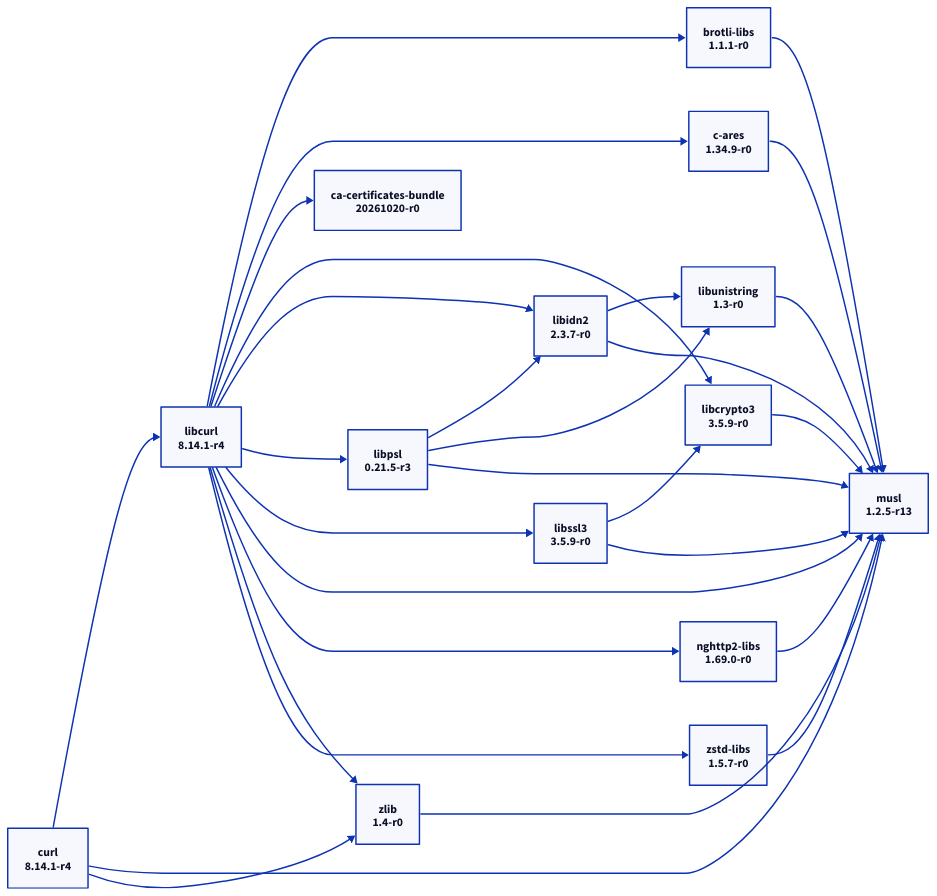
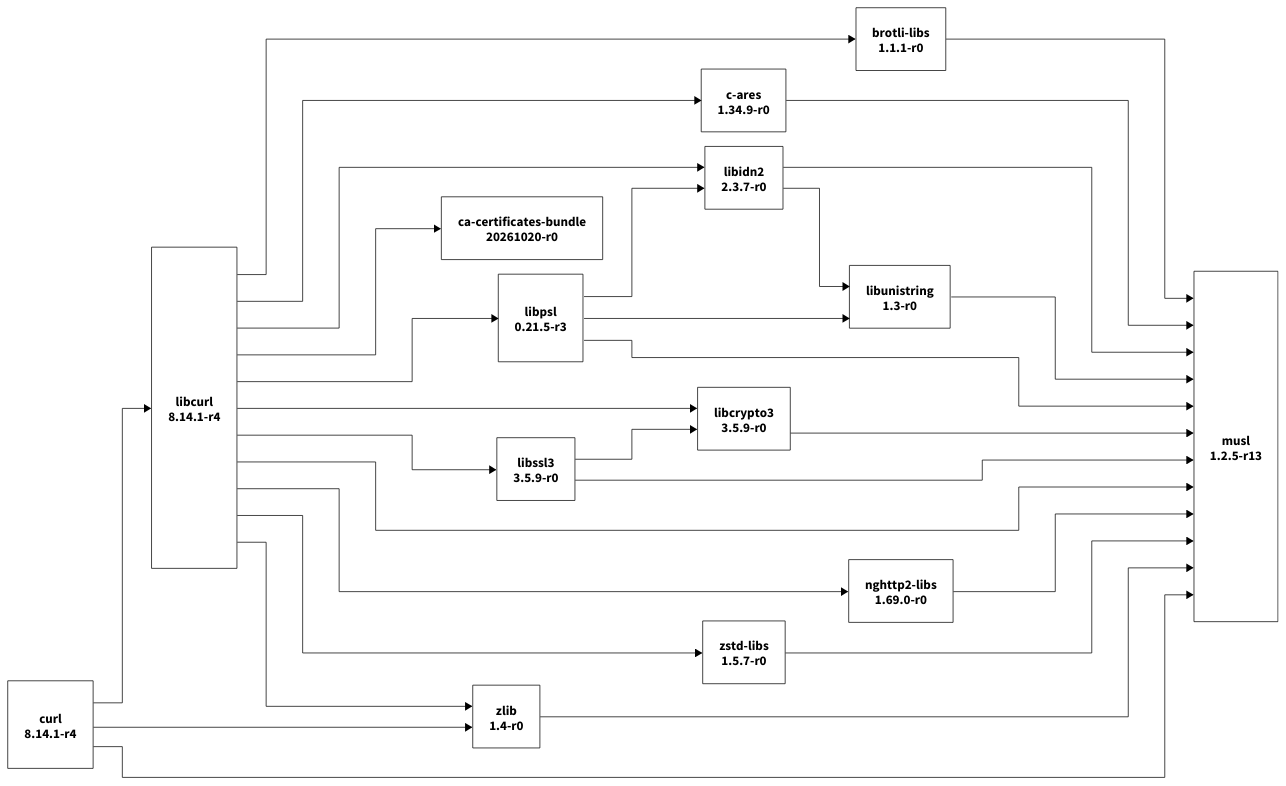
Before and after one commit to Natnalop/Timofeev_IKBO-70-25: the diagram in Workbook2/stage5/examples/curl.d2, drawn with D2. The commit also changed 8 other files, not shown here.

Commit message:
style(workbook2): use plain monochrome graphs with orthogonal edges

```diff
--- a/Workbook2/stage5/examples/curl.d2
+++ b/Workbook2/stage5/examples/curl.d2
@@ -1,43 +1,287 @@
 direction: right
-"brotli-libs@1.1.1-r0": "brotli-libs\n1.1.1-r0"
-"c-ares@1.34.9-r0": "c-ares\n1.34.9-r0"
-"ca-certificates-bundle@20261020-r0": "ca-certificates-bundle\n20261020-r0"
-"curl@8.14.1-r4": "curl\n8.14.1-r4"
-"libcrypto3@3.5.9-r0": "libcrypto3\n3.5.9-r0"
-"libcurl@8.14.1-r4": "libcurl\n8.14.1-r4"
-"libidn2@2.3.7-r0": "libidn2\n2.3.7-r0"
-"libpsl@0.21.5-r3": "libpsl\n0.21.5-r3"
-"libssl3@3.5.9-r0": "libssl3\n3.5.9-r0"
-"libunistring@1.3-r0": "libunistring\n1.3-r0"
-"musl@1.2.5-r13": "musl\n1.2.5-r13"
-"nghttp2-libs@1.69.0-r0": "nghttp2-libs\n1.69.0-r0"
-"zlib@1.4-r0": "zlib\n1.4-r0"
-"zstd-libs@1.5.7-r0": "zstd-libs\n1.5.7-r0"
-"brotli-libs@1.1.1-r0" -> "musl@1.2.5-r13"
-"c-ares@1.34.9-r0" -> "musl@1.2.5-r13"
-"curl@8.14.1-r4" -> "libcurl@8.14.1-r4"
-"curl@8.14.1-r4" -> "musl@1.2.5-r13"
-"curl@8.14.1-r4" -> "zlib@1.4-r0"
-"libcrypto3@3.5.9-r0" -> "musl@1.2.5-r13"
-"libcurl@8.14.1-r4" -> "brotli-libs@1.1.1-r0"
-"libcurl@8.14.1-r4" -> "c-ares@1.34.9-r0"
-"libcurl@8.14.1-r4" -> "ca-certificates-bundle@20261020-r0"
-"libcurl@8.14.1-r4" -> "libcrypto3@3.5.9-r0"
-"libcurl@8.14.1-r4" -> "libidn2@2.3.7-r0"
-"libcurl@8.14.1-r4" -> "libpsl@0.21.5-r3"
-"libcurl@8.14.1-r4" -> "libssl3@3.5.9-r0"
-"libcurl@8.14.1-r4" -> "musl@1.2.5-r13"
-"libcurl@8.14.1-r4" -> "nghttp2-libs@1.69.0-r0"
-"libcurl@8.14.1-r4" -> "zlib@1.4-r0"
-"libcurl@8.14.1-r4" -> "zstd-libs@1.5.7-r0"
-"libidn2@2.3.7-r0" -> "libunistring@1.3-r0"
-"libidn2@2.3.7-r0" -> "musl@1.2.5-r13"
-"libpsl@0.21.5-r3" -> "libidn2@2.3.7-r0"
-"libpsl@0.21.5-r3" -> "libunistring@1.3-r0"
-"libpsl@0.21.5-r3" -> "musl@1.2.5-r13"
-"libssl3@3.5.9-r0" -> "libcrypto3@3.5.9-r0"
-"libssl3@3.5.9-r0" -> "musl@1.2.5-r13"
-"libunistring@1.3-r0" -> "musl@1.2.5-r13"
-"nghttp2-libs@1.69.0-r0" -> "musl@1.2.5-r13"
-"zlib@1.4-r0" -> "musl@1.2.5-r13"
-"zstd-libs@1.5.7-r0" -> "musl@1.2.5-r13"
+vars: {
+  d2-config: {
+    layout-engine: elk
+  }
+}
+style.fill: white
+"brotli-libs@1.1.1-r0": "brotli-libs\n1.1.1-r0" {
+  shape: rectangle
+  style.fill: white
+  style.stroke: black
+  style.font-color: black
+  style.stroke-width: 1
+  style.border-radius: 0
+  style.shadow: false
+  style.font-size: 18
+}
+"c-ares@1.34.9-r0": "c-ares\n1.34.9-r0" {
+  shape: rectangle
+  style.fill: white
+  style.stroke: black
+  style.font-color: black
+  style.stroke-width: 1
+  style.border-radius: 0
+  style.shadow: false
+  style.font-size: 18
+}
+"ca-certificates-bundle@20261020-r0": "ca-certificates-bundle\n20261020-r0" {
+  shape: rectangle
+  style.fill: white
+  style.stroke: black
+  style.font-color: black
+  style.stroke-width: 1
+  style.border-radius: 0
+  style.shadow: false
+  style.font-size: 18
+}
+"curl@8.14.1-r4": "curl\n8.14.1-r4" {
+  shape: rectangle
+  style.fill: white
+  style.stroke: black
+  style.font-color: black
+  style.stroke-width: 1
+  style.border-radius: 0
+  style.shadow: false
+  style.font-size: 18
+}
+"libcrypto3@3.5.9-r0": "libcrypto3\n3.5.9-r0" {
+  shape: rectangle
+  style.fill: white
+  style.stroke: black
+  style.font-color: black
+  style.stroke-width: 1
+  style.border-radius: 0
+  style.shadow: false
+  style.font-size: 18
+}
+"libcurl@8.14.1-r4": "libcurl\n8.14.1-r4" {
+  shape: rectangle
+  style.fill: white
+  style.stroke: black
+  style.font-color: black
+  style.stroke-width: 1
+  style.border-radius: 0
+  style.shadow: false
+  style.font-size: 18
+}
+"libidn2@2.3.7-r0": "libidn2\n2.3.7-r0" {
+  shape: rectangle
+  style.fill: white
+  style.stroke: black
+  style.font-color: black
+  style.stroke-width: 1
+  style.border-radius: 0
+  style.shadow: false
+  style.font-size: 18
+}
+"libpsl@0.21.5-r3": "libpsl\n0.21.5-r3" {
+  shape: rectangle
+  style.fill: white
+  style.stroke: black
+  style.font-color: black
+  style.stroke-width: 1
+  style.border-radius: 0
+  style.shadow: false
+  style.font-size: 18
+}
+"libssl3@3.5.9-r0": "libssl3\n3.5.9-r0" {
+  shape: rectangle
+  style.fill: white
+  style.stroke: black
+  style.font-color: black
+  style.stroke-width: 1
+  style.border-radius: 0
+  style.shadow: false
+  style.font-size: 18
+}
+"libunistring@1.3-r0": "libunistring\n1.3-r0" {
+  shape: rectangle
+  style.fill: white
+  style.stroke: black
+  style.font-color: black
+  style.stroke-width: 1
+  style.border-radius: 0
+  style.shadow: false
+  style.font-size: 18
+}
+"musl@1.2.5-r13": "musl\n1.2.5-r13" {
+  shape: rectangle
+  style.fill: white
+  style.stroke: black
+  style.font-color: black
+  style.stroke-width: 1
+  style.border-radius: 0
+  style.shadow: false
+  style.font-size: 18
+}
+"nghttp2-libs@1.69.0-r0": "nghttp2-libs\n1.69.0-r0" {
+  shape: rectangle
+  style.fill: white
+  style.stroke: black
+  style.font-color: black
+  style.stroke-width: 1
+  style.border-radius: 0
+  style.shadow: false
+  style.font-size: 18
+}
+"zlib@1.4-r0": "zlib\n1.4-r0" {
+  shape: rectangle
+  style.fill: white
+  style.stroke: black
+  style.font-color: black
+  style.stroke-width: 1
+  style.border-radius: 0
+  style.shadow: false
+  style.font-size: 18
+}
+"zstd-libs@1.5.7-r0": "zstd-libs\n1.5.7-r0" {
+  shape: rectangle
+  style.fill: white
+  style.stroke: black
+  style.font-color: black
+  style.stroke-width: 1
+  style.border-radius: 0
+  style.shadow: false
+  style.font-size: 18
+}
+"brotli-libs@1.1.1-r0" -> "musl@1.2.5-r13" {
+  style.stroke: black
+  style.stroke-width: 1
+  style.border-radius: 0
+}
+"c-ares@1.34.9-r0" -> "musl@1.2.5-r13" {
+  style.stroke: black
+  style.stroke-width: 1
+  style.border-radius: 0
+}
+"curl@8.14.1-r4" -> "libcurl@8.14.1-r4" {
+  style.stroke: black
+  style.stroke-width: 1
+  style.border-radius: 0
+}
+"curl@8.14.1-r4" -> "musl@1.2.5-r13" {
+  style.stroke: black
+  style.stroke-width: 1
+  style.border-radius: 0
+}
+"curl@8.14.1-r4" -> "zlib@1.4-r0" {
+  style.stroke: black
+  style.stroke-width: 1
+  style.border-radius: 0
+}
+"libcrypto3@3.5.9-r0" -> "musl@1.2.5-r13" {
+  style.stroke: black
+  style.stroke-width: 1
+  style.border-radius: 0
+}
+"libcurl@8.14.1-r4" -> "brotli-libs@1.1.1-r0" {
+  style.stroke: black
+  style.stroke-width: 1
+  style.border-radius: 0
+}
+"libcurl@8.14.1-r4" -> "c-ares@1.34.9-r0" {
+  style.stroke: black
+  style.stroke-width: 1
+  style.border-radius: 0
+}
+"libcurl@8.14.1-r4" -> "ca-certificates-bundle@20261020-r0" {
+  style.stroke: black
+  style.stroke-width: 1
+  style.border-radius: 0
+}
+"libcurl@8.14.1-r4" -> "libcrypto3@3.5.9-r0" {
+  style.stroke: black
+  style.stroke-width: 1
+  style.border-radius: 0
+}
+"libcurl@8.14.1-r4" -> "libidn2@2.3.7-r0" {
+  style.stroke: black
+  style.stroke-width: 1
+  style.border-radius: 0
+}
+"libcurl@8.14.1-r4" -> "libpsl@0.21.5-r3" {
+  style.stroke: black
+  style.stroke-width: 1
+  style.border-radius: 0
+}
+"libcurl@8.14.1-r4" -> "libssl3@3.5.9-r0" {
+  style.stroke: black
+  style.stroke-width: 1
+  style.border-radius: 0
+}
+"libcurl@8.14.1-r4" -> "musl@1.2.5-r13" {
+  style.stroke: black
+  style.stroke-width: 1
+  style.border-radius: 0
+}
+"libcurl@8.14.1-r4" -> "nghttp2-libs@1.69.0-r0" {
+  style.stroke: black
+  style.stroke-width: 1
+  style.border-radius: 0
+}
+"libcurl@8.14.1-r4" -> "zlib@1.4-r0" {
+  style.stroke: black
+  style.stroke-width: 1
+  style.border-radius: 0
+}
+"libcurl@8.14.1-r4" -> "zstd-libs@1.5.7-r0" {
+  style.stroke: black
+  style.stroke-width: 1
+  style.border-radius: 0
+}
+"libidn2@2.3.7-r0" -> "libunistring@1.3-r0" {
+  style.stroke: black
+  style.stroke-width: 1
+  style.border-radius: 0
+}
+"libidn2@2.3.7-r0" -> "musl@1.2.5-r13" {
+  style.stroke: black
+  style.stroke-width: 1
+  style.border-radius: 0
+}
+"libpsl@0.21.5-r3" -> "libidn2@2.3.7-r0" {
+  style.stroke: black
+  style.stroke-width: 1
+  style.border-radius: 0
+}
+"libpsl@0.21.5-r3" -> "libunistring@1.3-r0" {
+  style.stroke: black
+  style.stroke-width: 1
+  style.border-radius: 0
+}
+"libpsl@0.21.5-r3" -> "musl@1.2.5-r13" {
+  style.stroke: black
+  style.stroke-width: 1
+  style.border-radius: 0
+}
+"libssl3@3.5.9-r0" -> "libcrypto3@3.5.9-r0" {
+  style.stroke: black
+  style.stroke-width: 1
+  style.border-radius: 0
+}
+"libssl3@3.5.9-r0" -> "musl@1.2.5-r13" {
+  style.stroke: black
+  style.stroke-width: 1
+  style.border-radius: 0
+}
+"libunistring@1.3-r0" -> "musl@1.2.5-r13" {
+  style.stroke: black
+  style.stroke-width: 1
+  style.border-radius: 0
+}
+"nghttp2-libs@1.69.0-r0" -> "musl@1.2.5-r13" {
+  style.stroke: black
+  style.stroke-width: 1
+  style.border-radius: 0
+}
+"zlib@1.4-r0" -> "musl@1.2.5-r13" {
+  style.stroke: black
+  style.stroke-width: 1
+  style.border-radius: 0
+}
+"zstd-libs@1.5.7-r0" -> "musl@1.2.5-r13" {
+  style.stroke: black
+  style.stroke-width: 1
+  style.border-radius: 0
+}
```
